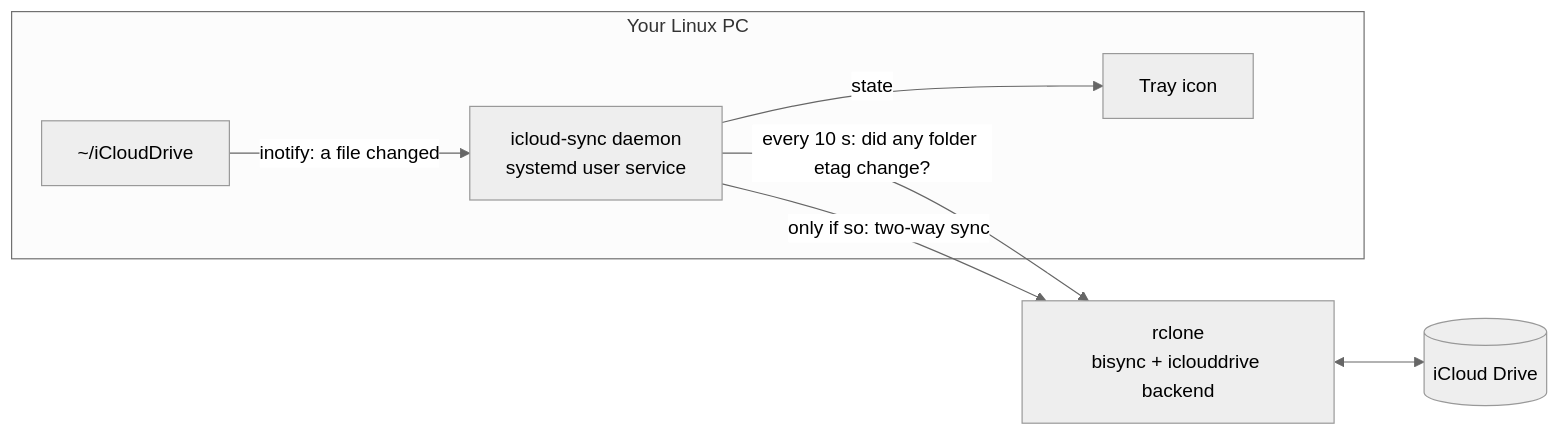
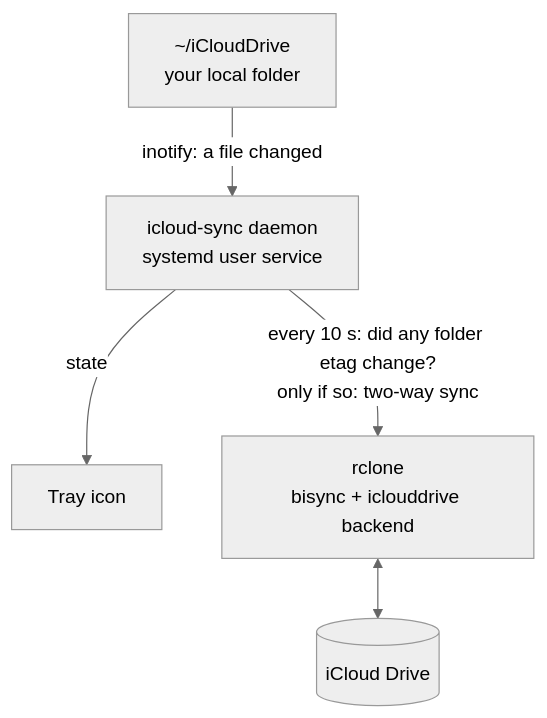
Before and after one commit to intilinux-eng/icloud-sync: the diagram in README.md, drawn with Mermaid (neutral theme). The commit also changed other lines of this file and 9 other files, not shown here.

First line of the commit message:
Licensing notices, third-party software list and a readable diagram

````diff
--- a/README.md
+++ b/README.md
@@ -87,15 +90,12 @@
 ```mermaid
-flowchart LR
-    subgraph PC["Your Linux PC"]
-        F["~/iCloudDrive"]
-        D["icloud-sync daemon<br/>systemd user service"]
-        T["Tray icon"]
-    end
+flowchart TB
+    F["~/iCloudDrive<br/>your local folder"]
+    D["icloud-sync daemon<br/>systemd user service"]
+    T["Tray icon"]
     R["rclone<br/>bisync + iclouddrive backend"]
     C[("iCloud Drive")]
     F -- "inotify: a file changed" --> D
-    D -- "every 10 s: did any folder etag change?" --> R
-    D -- "only if so: two-way sync" --> R
+    D -- "state" --> T
+    D -- "every 10 s: did any folder etag change?<br/>only if so: two-way sync" --> R
     R <--> C
-    D -- "state" --> T
 ```
````
